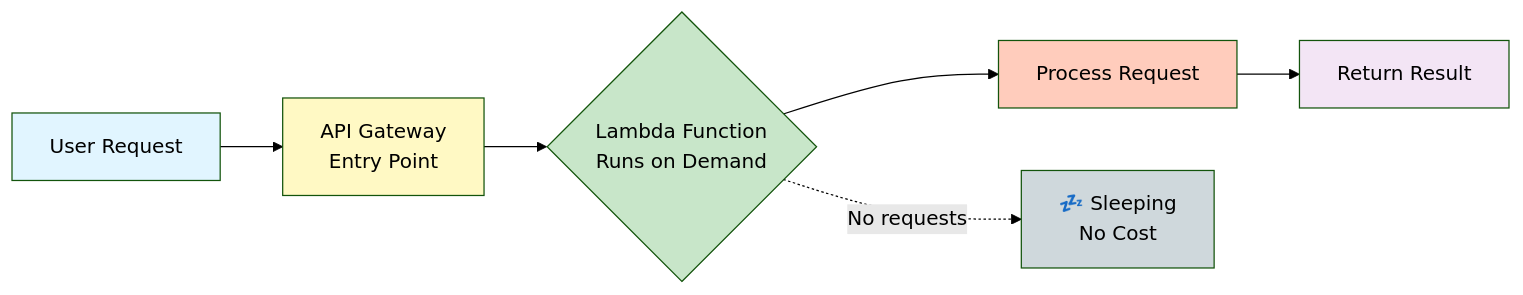
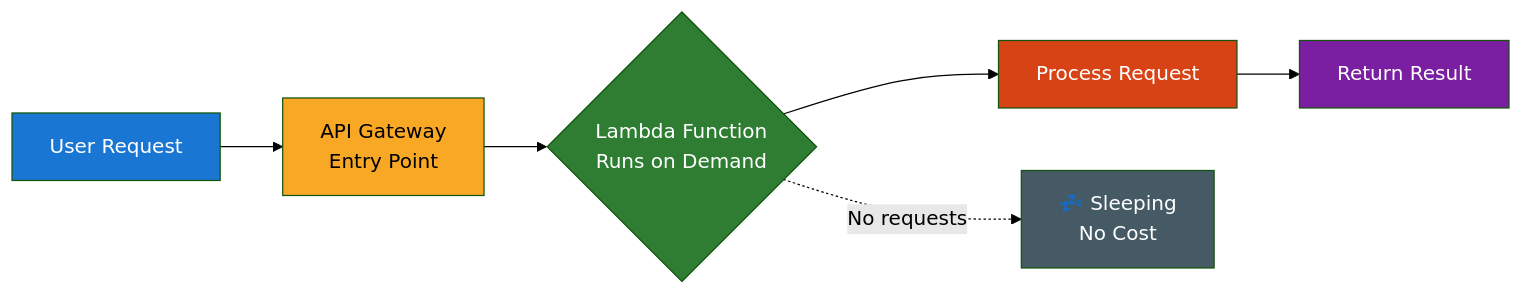
One commit to SamyamoyRakshitSigmoid/MCP-Exploration changed the fourth of 15 diagrams in AWS_DEPLOYMENT_EXECUTIVE_GUIDE.md. Above: the diagram before and after it, drawn with Mermaid (forest theme). The commit also changed other lines of this file, not shown here.

Commit message:
style: Update diagram colors for improved visibility and consistency

````diff
--- a/AWS_DEPLOYMENT_EXECUTIVE_GUIDE.md
+++ b/AWS_DEPLOYMENT_EXECUTIVE_GUIDE.md
@@ -163,15 +163,15 @@
 ```mermaid
 graph LR
     A[User Request] --> B[API Gateway<br/>Entry Point]
     B --> C{Lambda Function<br/>Runs on Demand}
     C --> D[Process Request]
     D --> E[Return Result]
     C -.->|No requests| F[💤 Sleeping<br/>No Cost]
     
-    style A fill:#e1f5ff
-    style B fill:#fff9c4
-    style C fill:#c8e6c9
-    style D fill:#ffccbc
-    style E fill:#f3e5f5
-    style F fill:#cfd8dc
+    style A fill:#1976d2,color:#fff
+    style B fill:#f9a825,color:#000
+    style C fill:#2e7d32,color:#fff
+    style D fill:#d84315,color:#fff
+    style E fill:#7b1fa2,color:#fff
+    style F fill:#455a64,color:#fff
 ```
````
